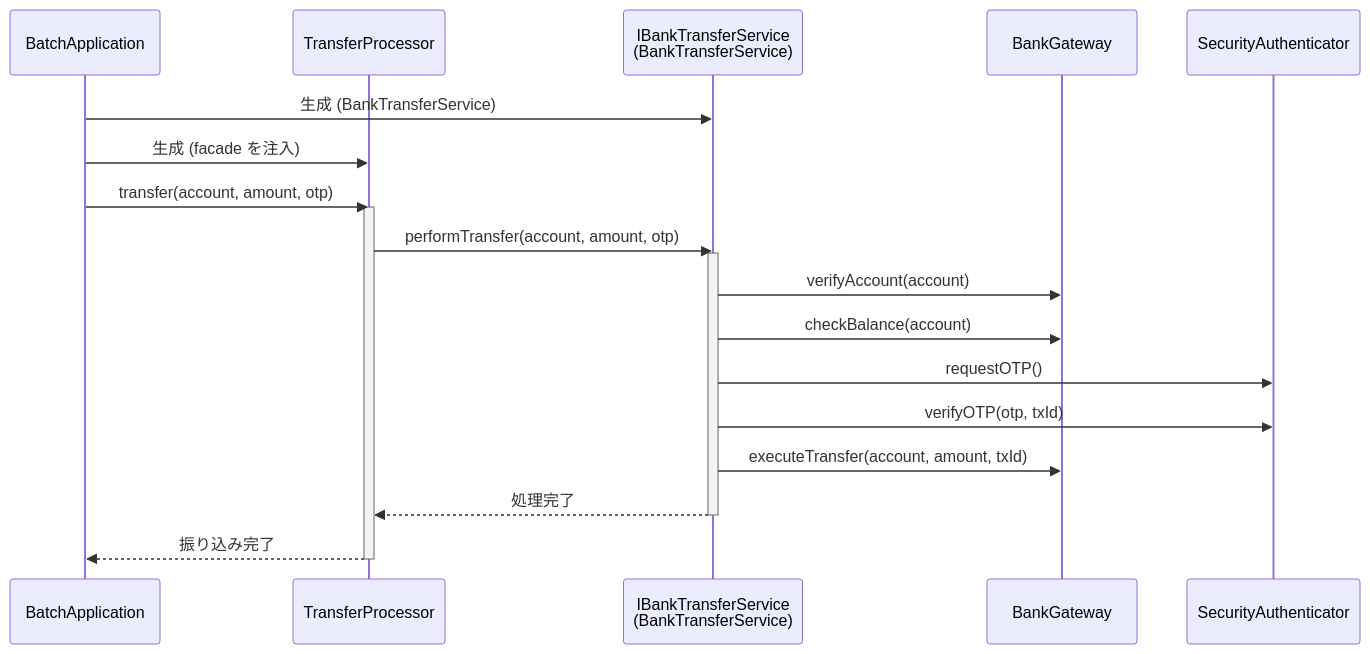
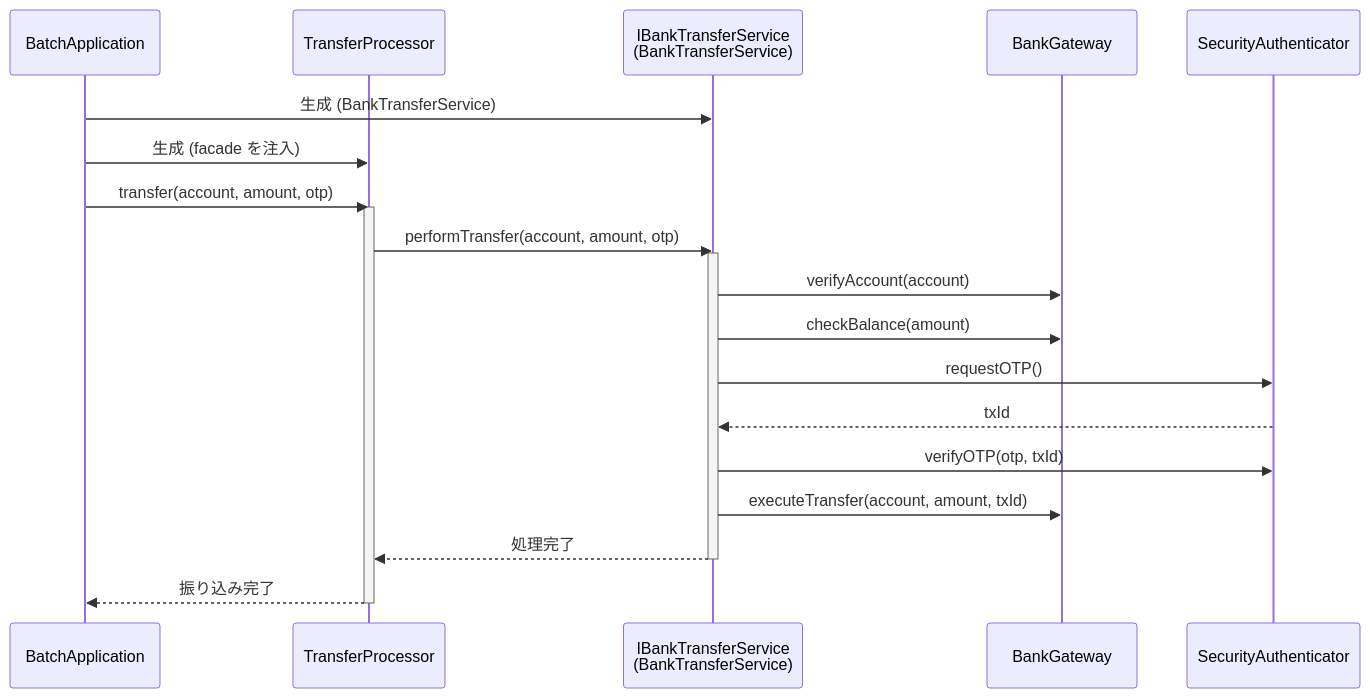
One commit to kumachan1101-pixel/DesignPattern changed the third of 5 diagrams in kindle/design-patterns/output/chapter02.md. Above: the diagram before and after it, drawn with Mermaid. The commit also changed other lines of this file and 1 other file, not shown here.

````diff
--- a/kindle/design-patterns/output/chapter02.md
+++ b/kindle/design-patterns/output/chapter02.md
@@ -894,24 +910,25 @@
 ```mermaid
 sequenceDiagram
     participant B as BatchApplication
     participant T as TransferProcessor
     participant F as IBankTransferService<br/>(BankTransferService)
     participant G as BankGateway
     participant A as SecurityAuthenticator
 
     B->>F: 生成 (BankTransferService)
     B->>T: 生成 (facade を注入)
     B->>T: transfer(account, amount, otp)
     activate T
     T->>F: performTransfer(account, amount, otp)
     activate F
     F->>G: verifyAccount(account)
-    F->>G: checkBalance(account)
+    F->>G: checkBalance(amount)
     F->>A: requestOTP()
+    A-->>F: txId
     F->>A: verifyOTP(otp, txId)
     F->>G: executeTransfer(account, amount, txId)
     F-->>T: 処理完了
     deactivate F
     T-->>B: 振り込み完了
     deactivate T
 ```
````
